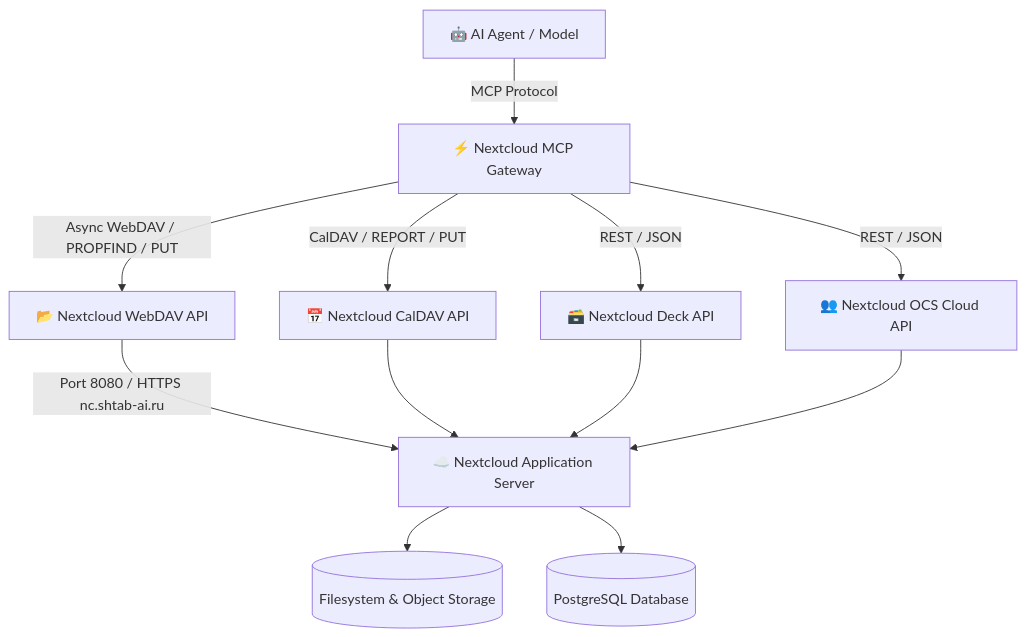
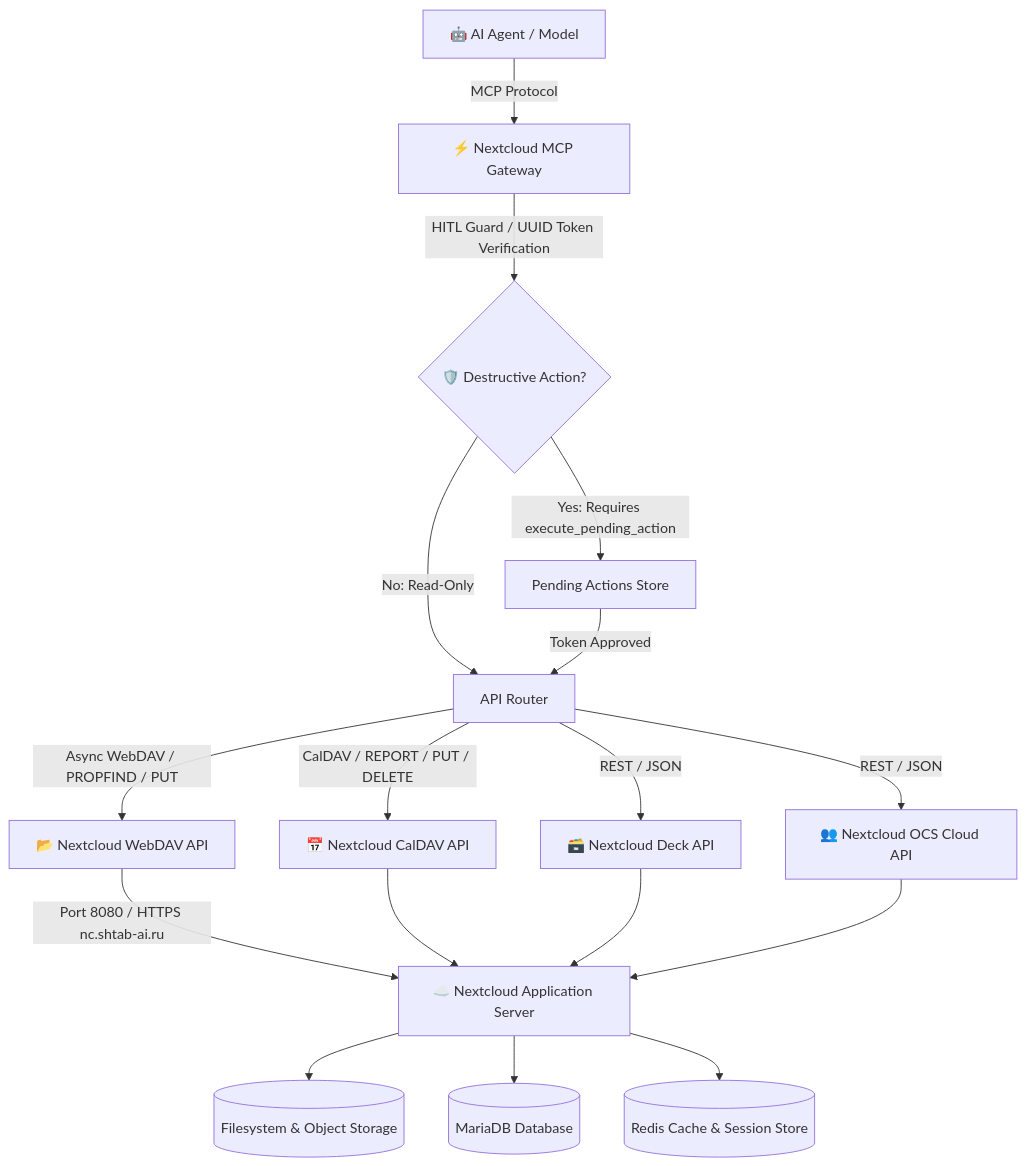
One commit to TheNovaNodes/nextcloud-mcp-gateway changed the first of 3 diagrams in ARCHITECTURE.md. Above: the diagram before and after it, drawn with Mermaid. The commit also changed other lines of this file, not shown here.

Commit message:
docs: synchronize ARCHITECTURE.md with MariaDB stack and HITL sequence flow

````diff
--- a/ARCHITECTURE.md
+++ b/ARCHITECTURE.md
@@ -9,14 +9,22 @@
 ```mermaid
 graph TD
     Agent[🤖 AI Agent / Model] -->|MCP Protocol| FastMCP[⚡ Nextcloud MCP Gateway]
-    FastMCP -->|Async WebDAV / PROPFIND / PUT| WebDAV[📂 Nextcloud WebDAV API]
-    FastMCP -->|CalDAV / REPORT / PUT| CalDAV[📅 Nextcloud CalDAV API]
-    FastMCP -->|REST / JSON| Deck[🗃️ Nextcloud Deck API]
-    FastMCP -->|REST / JSON| OCS[👥 Nextcloud OCS Cloud API]
+    FastMCP -->|HITL Guard / UUID Token Verification| Guard{🛡️ Destructive Action?}
+    Guard -->|No: Read-Only| API_Router[API Router]
+    Guard -->|Yes: Requires execute_pending_action| Pending[Pending Actions Store]
+    Pending -->|Token Approved| API_Router
+    
+    API_Router -->|Async WebDAV / PROPFIND / PUT| WebDAV[📂 Nextcloud WebDAV API]
+    API_Router -->|CalDAV / REPORT / PUT / DELETE| CalDAV[📅 Nextcloud CalDAV API]
+    API_Router -->|REST / JSON| Deck[🗃️ Nextcloud Deck API]
+    API_Router -->|REST / JSON| OCS[👥 Nextcloud OCS Cloud API]
+    
     WebDAV -->|Port 8080 / HTTPS nc.shtab-ai.ru| Nextcloud[☁️ Nextcloud Application Server]
     CalDAV --> Nextcloud
     Deck --> Nextcloud
     OCS --> Nextcloud
+    
     Nextcloud --> Storage[(Filesystem & Object Storage)]
-    Nextcloud --> DB[(PostgreSQL Database)]
+    Nextcloud --> DB[(MariaDB Database)]
+    Nextcloud --> Cache[(Redis Cache & Session Store)]
 ```
````
